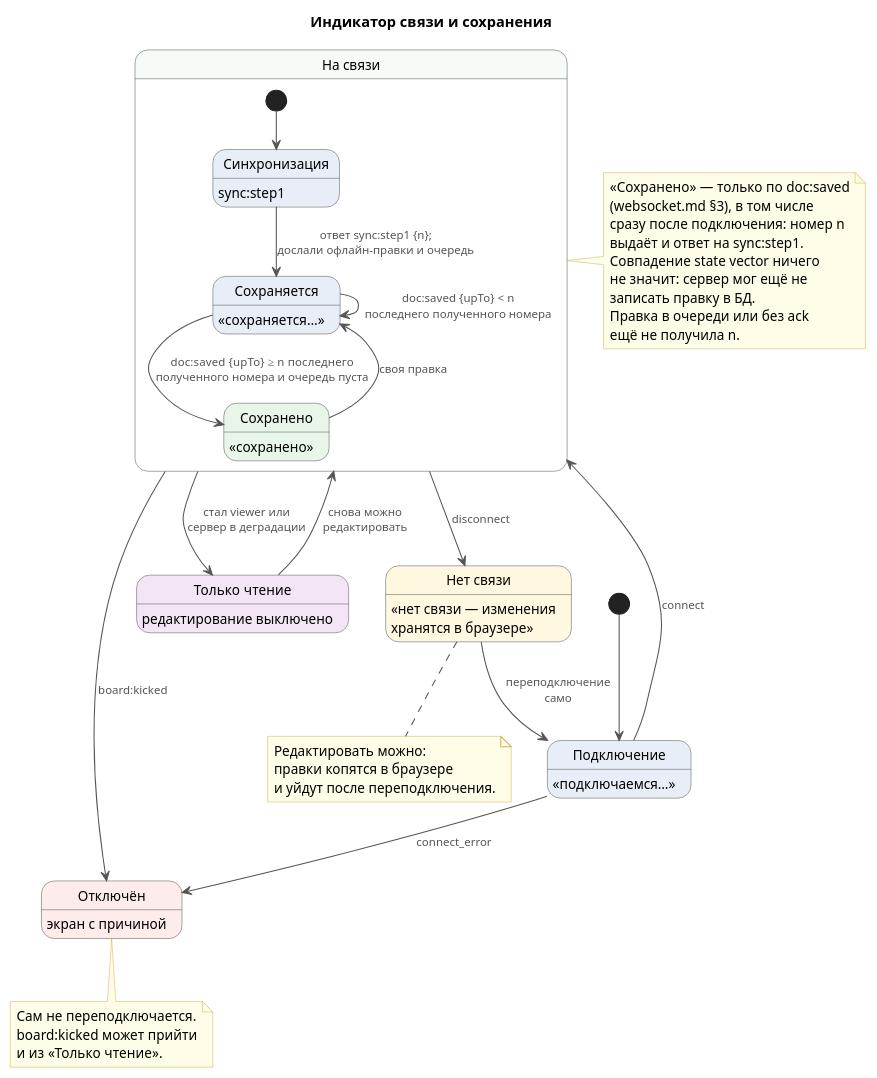
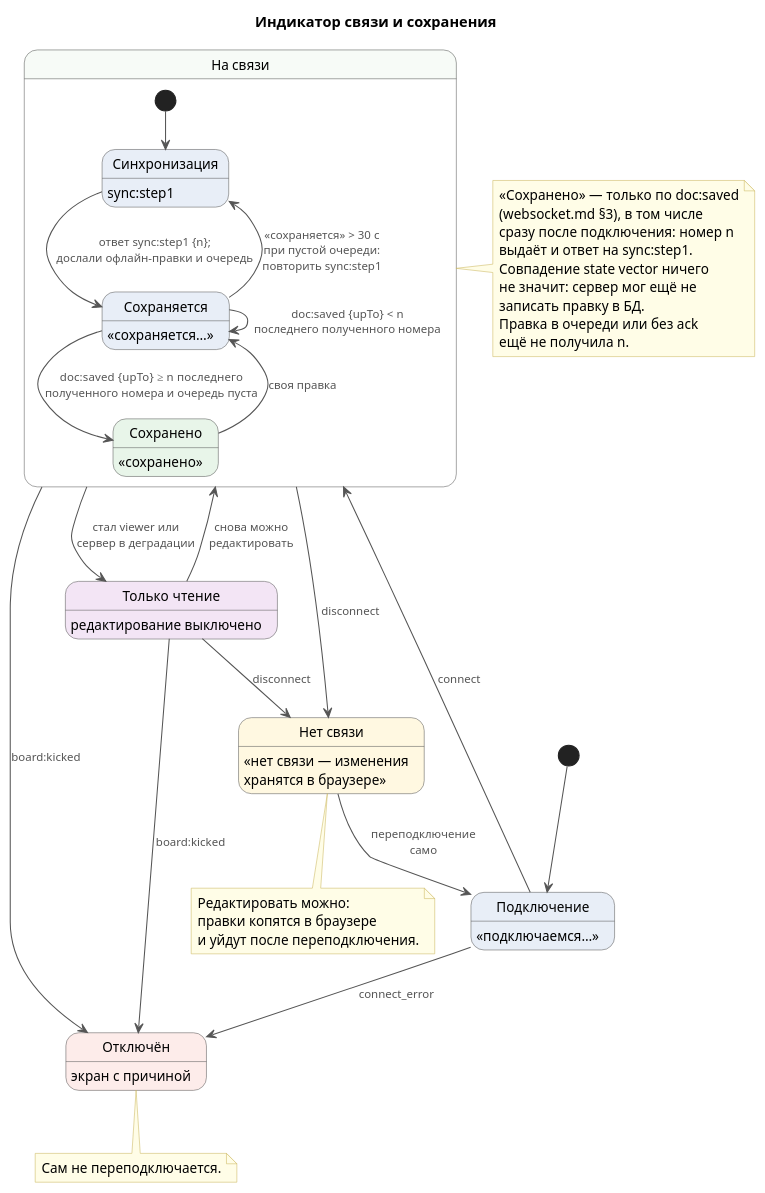
Before and after one commit to fanera-team/fanera: the diagram in docs/system-design/frontend/save-status.puml, drawn with PlantUML. The commit also changed 16 other files, not shown here.

```diff
--- a/docs/system-design/frontend/save-status.puml
+++ b/docs/system-design/frontend/save-status.puml
@@ -1,69 +1,70 @@
 @startuml save-status
 ' Индикатор связи и сохранения на странице доски. Источник — websocket.md §0 п.5, §2–4 (Р-32)
 skinparam shadowing false
 skinparam defaultFontName "Helvetica"
 skinparam defaultFontSize 13
 skinparam ArrowColor #555555
 skinparam ArrowFontSize 11
 skinparam ArrowFontColor #555555
 skinparam state {
   BackgroundColor #E8EEF7
   BorderColor #555555
 }
 skinparam note {
   BackgroundColor #FFFDE7
   BorderColor #C9B458
 }
 title Индикатор связи и сохранения
 
 state "Подключение" as Connecting : «подключаемся…»
 
 state "На связи" as Online #F7FBF7 {
   state "Синхронизация" as Syncing : sync:step1
   state "Сохранено" as Saved #E8F5E9 : «сохранено»
   state "Сохраняется" as Saving : «сохраняется…»
 
   [*] --> Syncing
   Syncing --> Saving : ответ sync:step1 {n};\nдослали офлайн-правки и очередь
   Saved --> Saving : своя правка
   Saving --> Saving : doc:saved {upTo} < n\nпоследнего полученного номера
   Saving --> Saved : doc:saved {upTo} ≥ n последнего\nполученного номера и очередь пуста
+  Saving --> Syncing : «сохраняется» > 30 с\nпри пустой очереди:\nповторить sync:step1
 }
 
 note right of Online
   «Сохранено» — только по doc:saved
   (websocket.md §3), в том числе
   сразу после подключения: номер n
   выдаёт и ответ на sync:step1.
   Совпадение state vector ничего
   не значит: сервер мог ещё не
   записать правку в БД.
   Правка в очереди или без ack
   ещё не получила n.
 end note
 
 state "Нет связи" as Offline #FFF8E1 : «нет связи — изменения\nхранятся в браузере»
 state "Только чтение" as ReadOnly #F3E5F5 : редактирование выключено
 state "Отключён" as Closed #FDECEA : экран с причиной
 
 [*] --> Connecting
 Connecting --> Online : connect
 Online --> Offline : disconnect
 Offline --> Connecting : переподключение\nсамо
 Online --> ReadOnly : стал viewer или\nсервер в деградации
 ReadOnly --> Online : снова можно\nредактировать
 Connecting --> Closed : connect_error
 Online --> Closed : board:kicked
+ReadOnly --> Offline : disconnect
+ReadOnly --> Closed : board:kicked
 
 note bottom of Offline
   Редактировать можно:
   правки копятся в браузере
   и уйдут после переподключения.
 end note
 
 note bottom of Closed
   Сам не переподключается.
-  board:kicked может прийти
-  и из «Только чтение».
 end note
 @enduml
```
